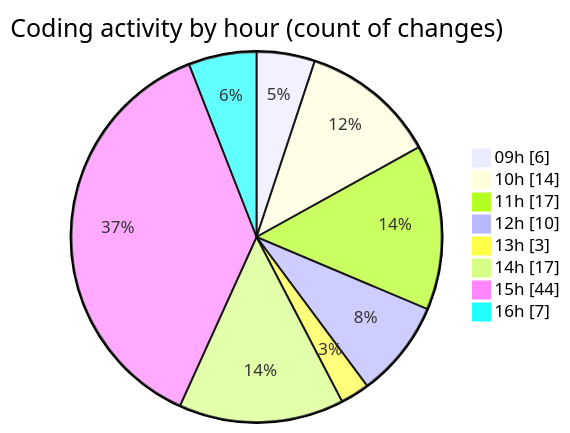
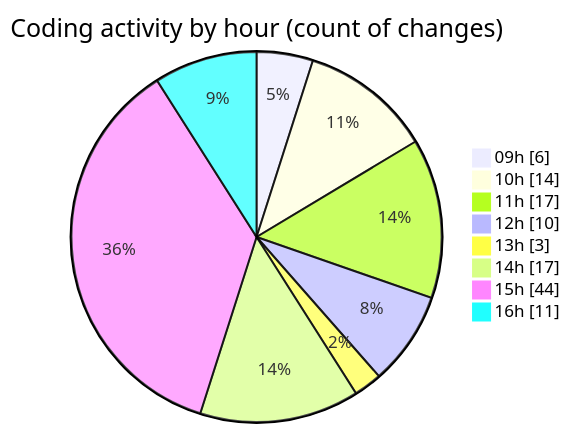
The second of 2 diagrams in 2026-02-11/cda/README.md (momahboobian/code-tracking), drawn with Mermaid before and after one commit. The commit also changed other lines of this file and 1 other file, not shown here.

````diff
--- a/2026-02-11/cda/README.md
+++ b/2026-02-11/cda/README.md
@@ -36,12 +36,12 @@
 ```mermaid
 pie showData
 title Coding activity by hour (count of changes)
 "09h" : 6
 "10h" : 14
 "11h" : 17
 "12h" : 10
 "13h" : 3
 "14h" : 17
 "15h" : 44
-"16h" : 7
+"16h" : 11
 ```
````
